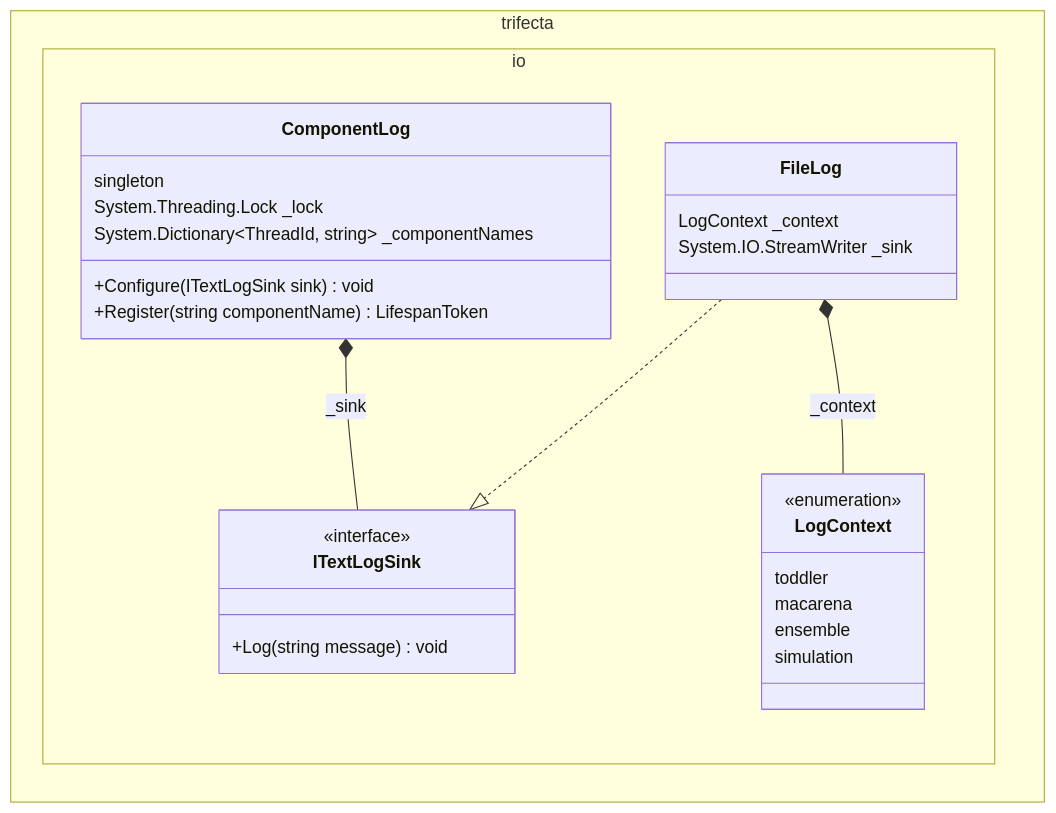
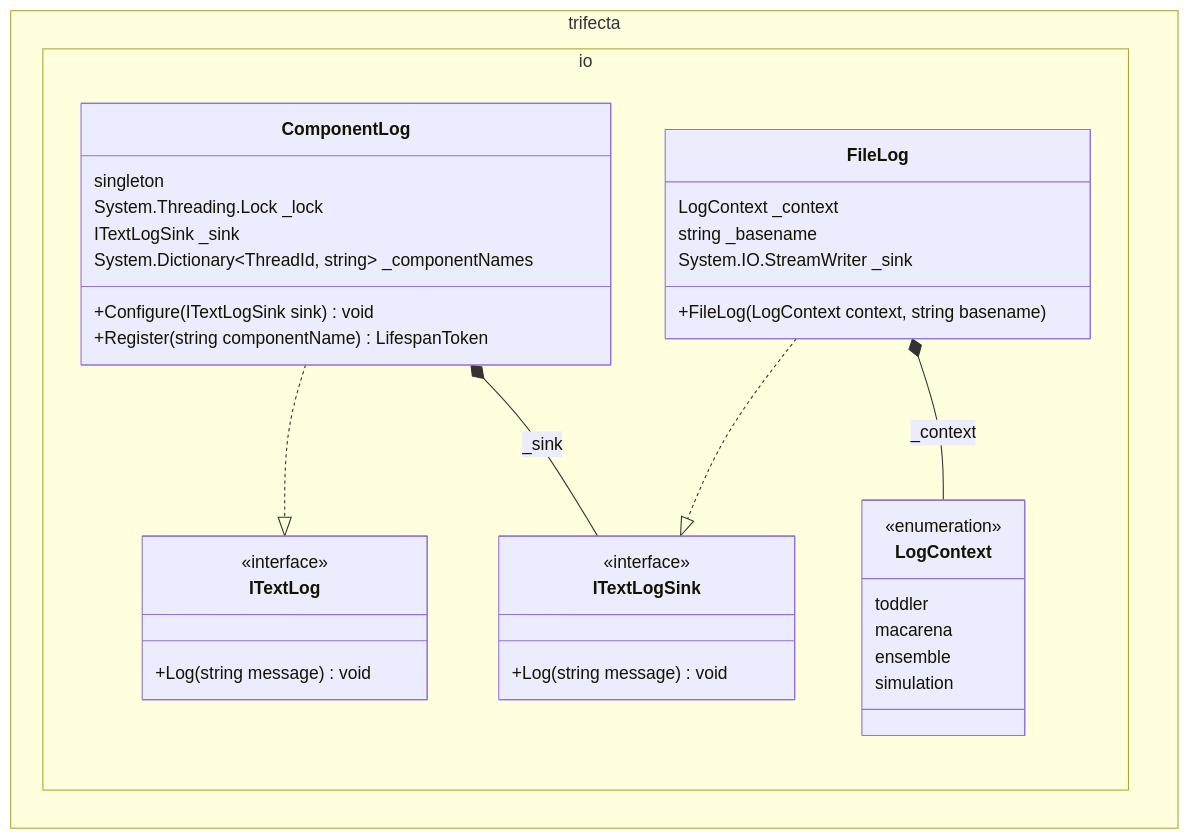
The diagram in doc/architecture/figures/io.logging.md (byron-hawkins/trifecta), drawn with Mermaid before and after one commit. The commit also changed 22 other files, not shown here.

Commit message:
update architecture docs

````diff
--- a/doc/architecture/figures/io.logging.md
+++ b/doc/architecture/figures/io.logging.md
@@ -3,30 +3,38 @@
 ```mermaid
 classDiagram
 namespace trifecta.io {
   class ComponentLog {
     singleton
     System.Threading.Lock _lock
+    ITextLogSink _sink
     System.Dictionary~ThreadId, string~ _componentNames
     +Configure(ITextLogSink sink) void
     +Register(string componentName) LifespanToken
+  }
+  class ITextLog {
+    <<interface>>
+    +Log(string message) void
   }
   class ITextLogSink {
     <<interface>>
     +Log(string message) void
   }
   class FileLog {
     LogContext _context
+    string _basename
     System.IO.StreamWriter _sink
+    +FileLog(LogContext context, string basename)
   }
   class LogContext {
     <<enumeration>>
     toddler
     macarena
     ensemble
     simulation
   }
 }
 ComponentLog *-- ITextLogSink : _sink
+ComponentLog ..|> ITextLog
+FileLog *-- LogContext : _context
 FileLog ..|> ITextLogSink
-FileLog *-- LogContext : _context
 ```
````
